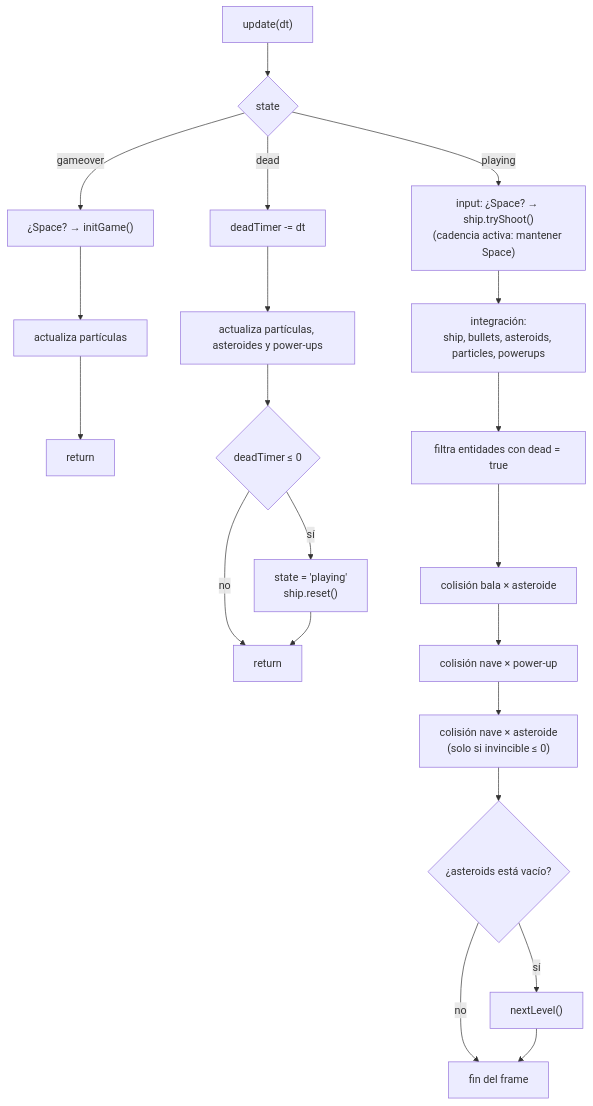
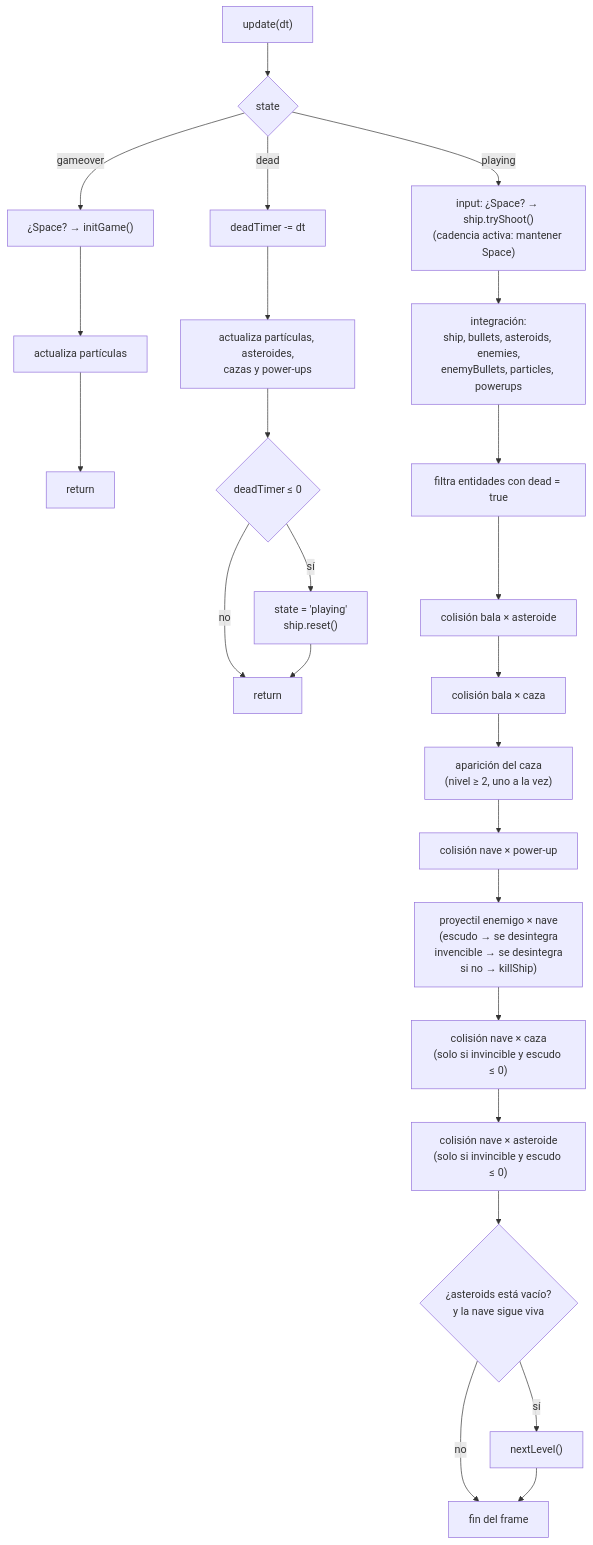
The second of 5 diagrams in ARCHITECTURE.md (dalwork/opencode-asteroids), drawn with Mermaid before and after one commit. The commit also changed other lines of this file and 3 other files, not shown here.

Commit message:
escudo y caza enemigo que dispara

````diff
--- a/ARCHITECTURE.md
+++ b/ARCHITECTURE.md
@@ -50,25 +50,29 @@
 ```mermaid
 flowchart TD
     U["update(dt)"] --> S{"state"}
 
     S -->|"gameover"| GO["¿Space? → initGame()"]
     GO --> GO2["actualiza partículas"] --> GOR["return"]
 
     S -->|"dead"| DE["deadTimer -= dt"]
-    DE --> DE2["actualiza partículas, asteroides y power-ups"]
+    DE --> DE2["actualiza partículas, asteroides,<br/>cazas y power-ups"]
     DE2 --> DE3{"deadTimer ≤ 0"}
     DE3 -->|"sí"| DE4["state = 'playing'<br/>ship.reset()"]
     DE3 -->|"no"| DER["return"]
     DE4 --> DER
 
     S -->|"playing"| P1["input: ¿Space? → ship.tryShoot()<br/>(cadencia activa: mantener Space)"]
-    P1 --> P2["integración:<br/>ship, bullets, asteroids, particles, powerups"]
+    P1 --> P2["integración:<br/>ship, bullets, asteroids, enemies,<br/>enemyBullets, particles, powerups"]
     P2 --> P3["filtra entidades con dead = true"]
     P3 --> C1["colisión bala × asteroide"]
-    C1 --> C2["colisión nave × power-up"]
-    C2 --> C3["colisión nave × asteroide<br/>(solo si invincible ≤ 0)"]
-    C3 --> P4{"¿asteroids está vacío?"}
+    C1 --> C1B["colisión bala × caza"]
+    C1B --> SP["aparición del caza<br/>(nivel ≥ 2, uno a la vez)"]
+    SP --> C2["colisión nave × power-up"]
+    C2 --> C2B["proyectil enemigo × nave<br/>(escudo → se desintegra<br/>invencible → se desintegra<br/>si no → killShip)"]
+    C2B --> C2C["colisión nave × caza<br/>(solo si invincible y escudo ≤ 0)"]
+    C2C --> C3["colisión nave × asteroide<br/>(solo si invincible y escudo ≤ 0)"]
+    C3 --> P4{"¿asteroids está vacío?<br/>y la nave sigue viva"}
     P4 -->|"sí"| P5["nextLevel()"]
     P4 -->|"no"| FIN["fin del frame"]
     P5 --> FIN
 ```
````
